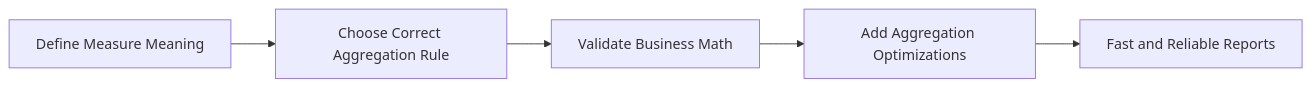
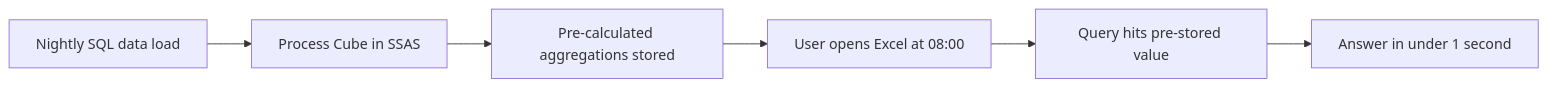
Before and after one commit to kumbulanit/SSAS-Fundamentals-SQL-Server-Analysis-Services: the third of 3 diagrams in Day-01/measures-measure-groups-and-aggregations/measures-measure-groups-and-aggregations-theory.md, drawn with Mermaid. The commit also changed other lines of this file and 23 other files, not shown here.

````diff
--- a/Day-01/measures-measure-groups-and-aggregations/measures-measure-groups-and-aggregations-theory.md
+++ b/Day-01/measures-measure-groups-and-aggregations/measures-measure-groups-and-aggregations-theory.md
@@ -372,7 +393,8 @@
 ```mermaid
 flowchart LR
-    A[Define Measure Meaning] --> B[Choose Correct Aggregation Rule]
-    B --> C[Validate Business Math]
-    C --> D[Add Aggregation Optimizations]
-    D --> E[Fast and Reliable Reports]
+    A[Nightly SQL data load] --> B[Process Cube in SSAS]
+    B --> C[Pre-calculated aggregations stored]
+    C --> D[User opens Excel at 08:00]
+    D --> E[Query hits pre-stored value]
+    E --> F[Answer in under 1 second]
 ```
````
